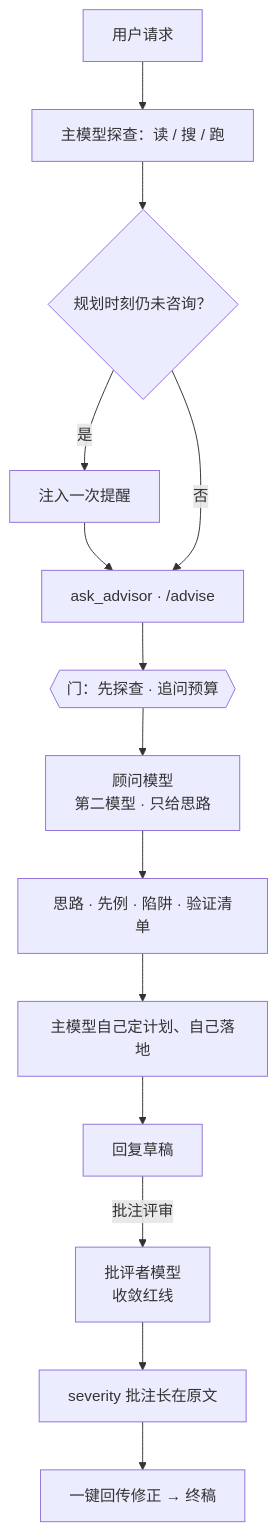
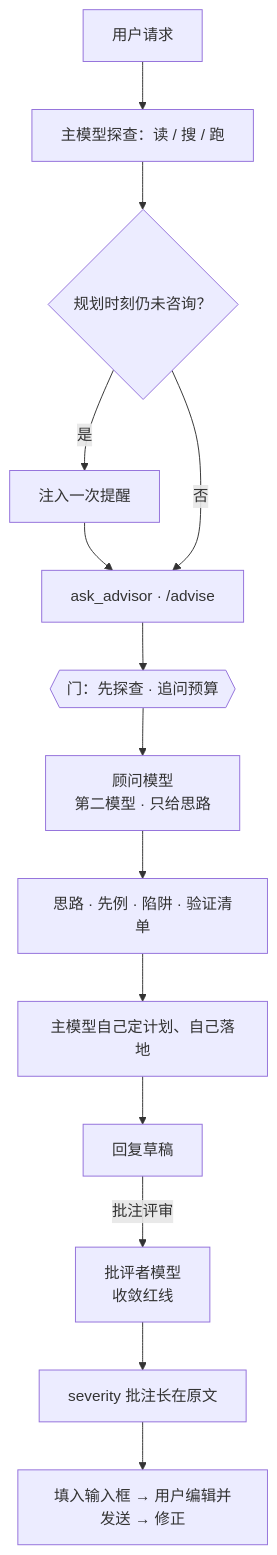
Before and after one commit to higekibaka/dsh-ciel: the diagram in README.md, drawn with Mermaid. The commit also changed other lines of this file and 67 other files, not shown here.

````diff
--- a/README.md
+++ b/README.md
@@ -22,16 +22,16 @@
 ```mermaid
 flowchart TD
     U[用户请求] --> E[主模型探查：读 / 搜 / 跑]
     E --> P{规划时刻仍未咨询？}
     P -->|是| R[注入一次提醒]
     R --> A
     P -->|否| A[ask_advisor · /advise]
     A --> G{{门：先探查 · 追问预算}}
     G --> M[顾问模型<br>第二模型 · 只给思路]
     M --> I[思路 · 先例 · 陷阱 · 验证清单]
     I --> L[主模型自己定计划、自己落地]
     L --> D[回复草稿]
     D -->|批注评审| C[批评者模型<br>收敛红线]
     C --> S[severity 批注长在原文]
-    S --> F[一键回传修正 → 终稿]
+    S --> F[填入输入框 → 用户编辑并发送 → 修正]
 ```
````
